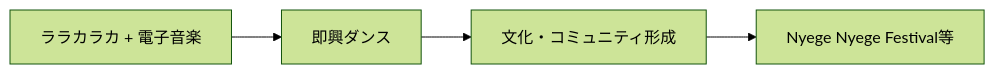
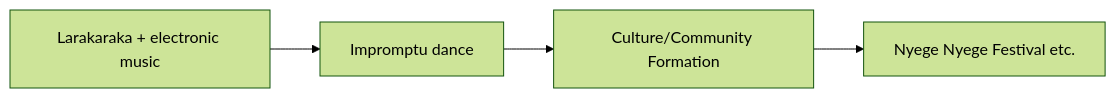
One commit to monumental-movement/monumental-movement.github.io changed the fourth of 6 diagrams in en/_posts/2025-10-04-Column-Nyege-Nyege.md. Above: the diagram before and after it, drawn with Mermaid (forest theme). The commit also changed other lines of this file and 152 other files, not shown here.

```diff
--- a/en/_posts/2025-10-04-Column-Nyege-Nyege.md
+++ b/en/_posts/2025-10-04-Column-Nyege-Nyege.md
@@ -210,8 +210,8 @@
 <div class="mermaid">
 
 flowchart LR
-    Music["ララカラカ + 電子音楽"] --> Dance["即興ダンス"]
-    Dance --> Community["文化・コミュニティ形成"]
-    Community --> Festivals["Nyege Nyege Festival等"]
+    Music["Larakaraka + electronic music"] --> Dance["Impromptu dance"]
+    Dance --> Community["Culture/Community Formation"]
+    Community --> Festivals["Nyege Nyege Festival etc."]
 
 </div>
```
